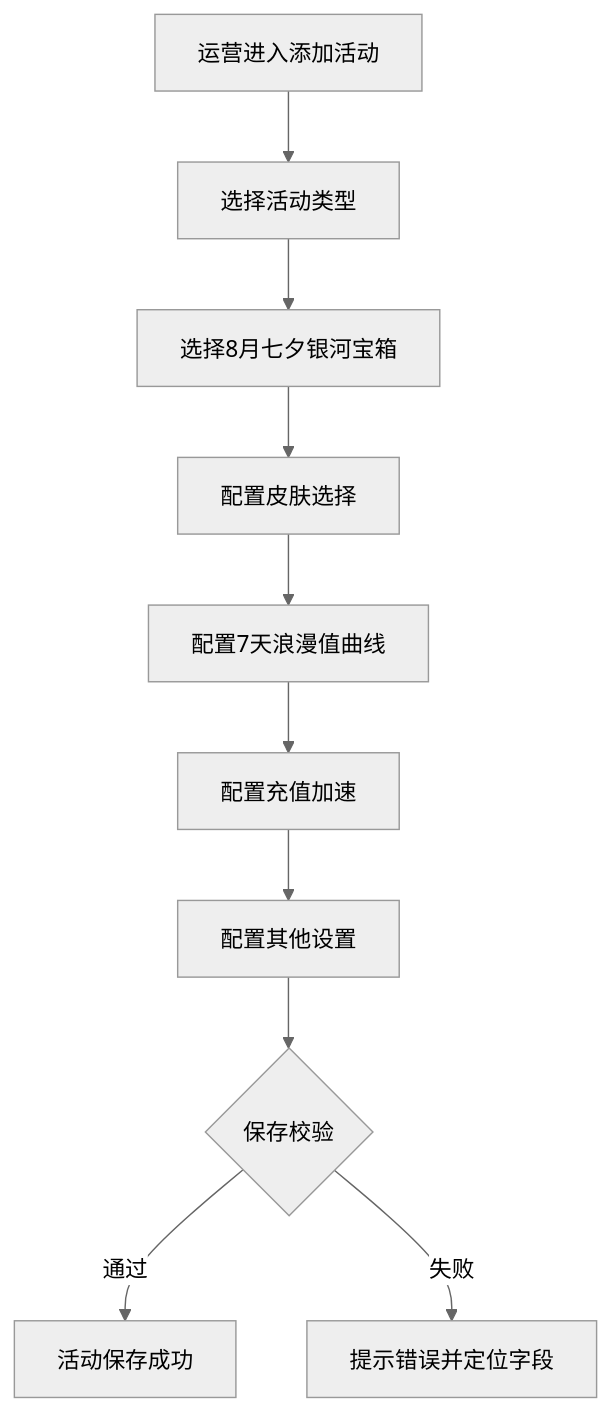
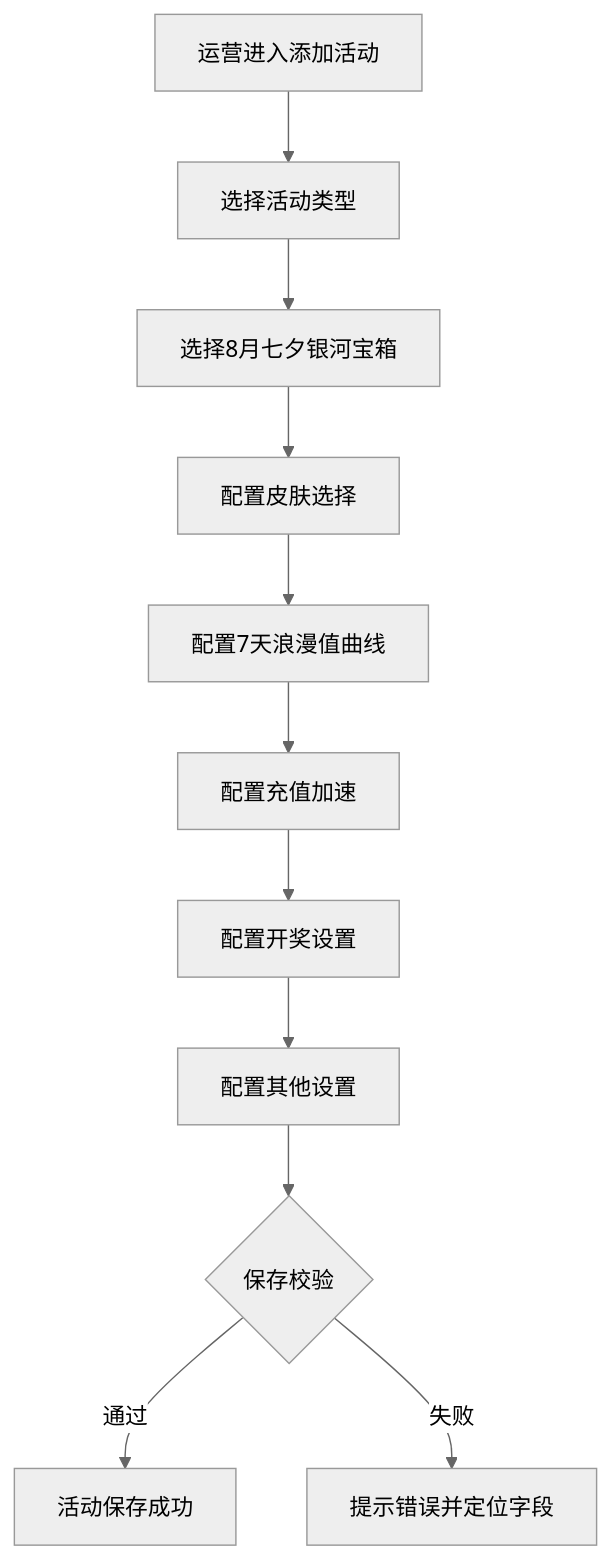
Before and after one commit to bala-luoluo/M3: the first of 5 diagrams in PRD_qixi_galaxy_box_activity_2026-07-31.md, drawn with Mermaid (neutral theme). The commit also changed other lines of this file and 1 other file, not shown here.

````diff
--- a/PRD_qixi_galaxy_box_activity_2026-07-31.md
+++ b/PRD_qixi_galaxy_box_activity_2026-07-31.md
@@ -159,12 +169,13 @@
 ```mermaid
 flowchart TD
     A[运营进入添加活动] --> B[选择活动类型]
     B --> C[选择8月七夕银河宝箱]
     C --> D[配置皮肤选择]
     D --> E[配置7天浪漫值曲线]
     E --> F[配置充值加速]
-    F --> H[配置其他设置]
+    F --> G[配置开奖设置]
+    G --> H[配置其他设置]
     H --> J{保存校验}
     J -->|通过| K[活动保存成功]
     J -->|失败| L[提示错误并定位字段]
 ```
````
